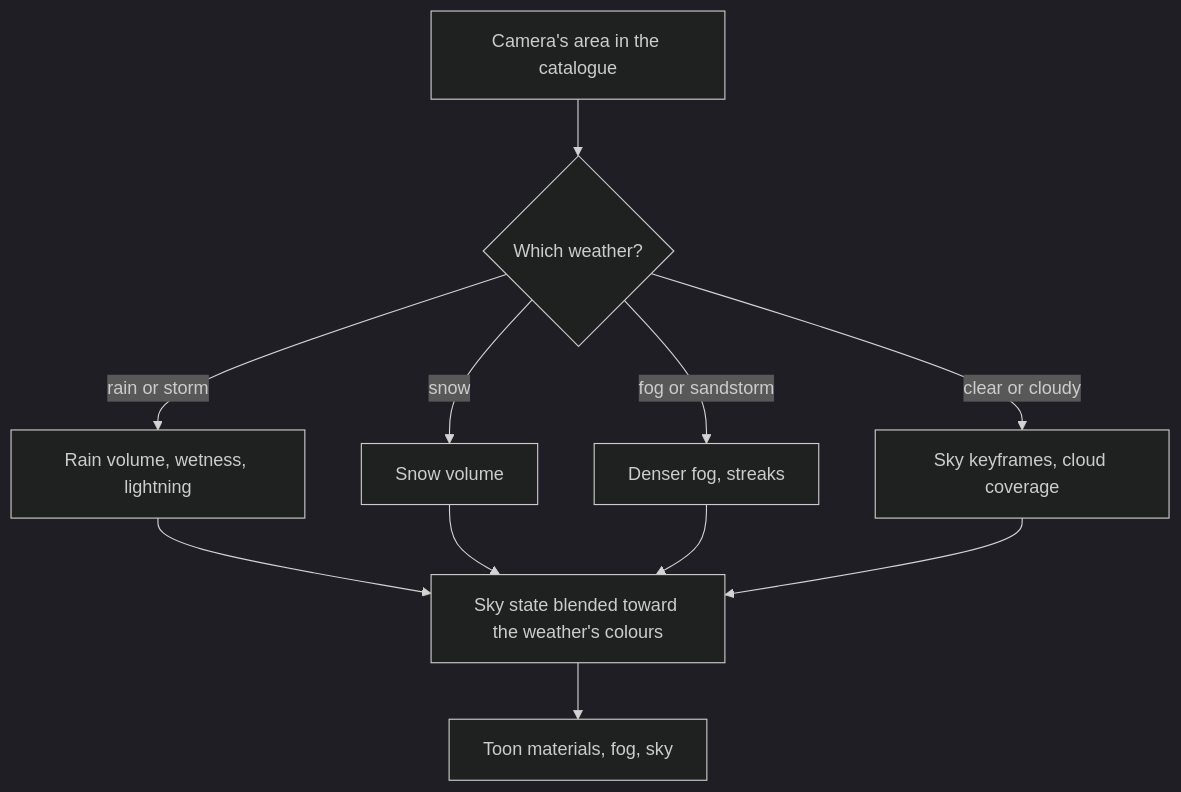
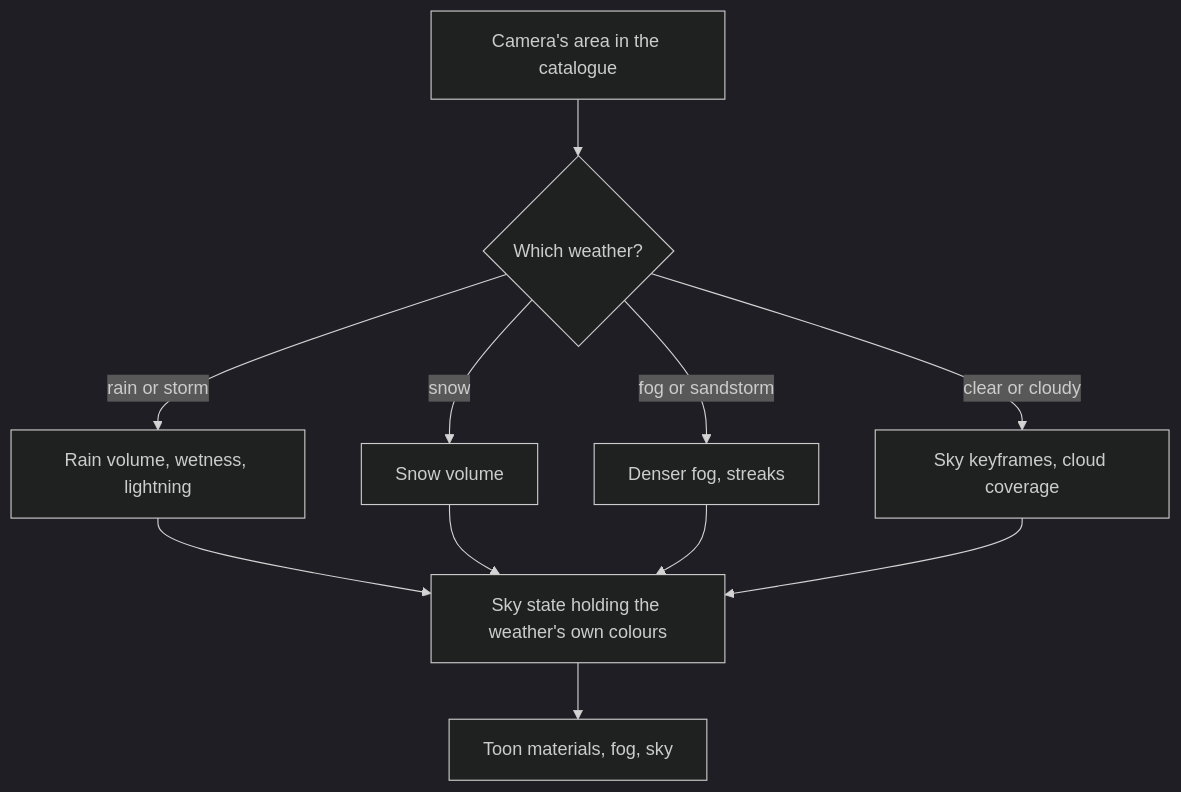
One commit to Esposter/Esposter changed the diagram in apps/web/content/docs/proposals/genshin/weather.md. Above: the diagram before and after it, drawn with Mermaid (dark theme). The commit also changed other lines of this file, not shown here.

First line of the commit message:
docs(genshin): weather's flowchart and key files say a weather writes its own colours, as its decision does

````diff
--- a/apps/web/content/docs/proposals/genshin/weather.md
+++ b/apps/web/content/docs/proposals/genshin/weather.md
@@ -27,13 +27,13 @@
 ```mermaid
 flowchart TD
   A[Camera's area in the catalogue] --> W{Which weather?}
   W -->|clear or cloudy| Y[Sky keyframes, cloud coverage]
   W -->|rain or storm| RN[Rain volume, wetness, lightning]
   W -->|snow| SN[Snow volume]
   W -->|fog or sandstorm| FG[Denser fog, streaks]
-  RN --> U[Sky state blended toward the weather's colours]
+  RN --> U[Sky state holding the weather's own colours]
   SN --> U
   FG --> U
   Y --> U
   U --> M[Toon materials, fog, sky]
 ```
````
